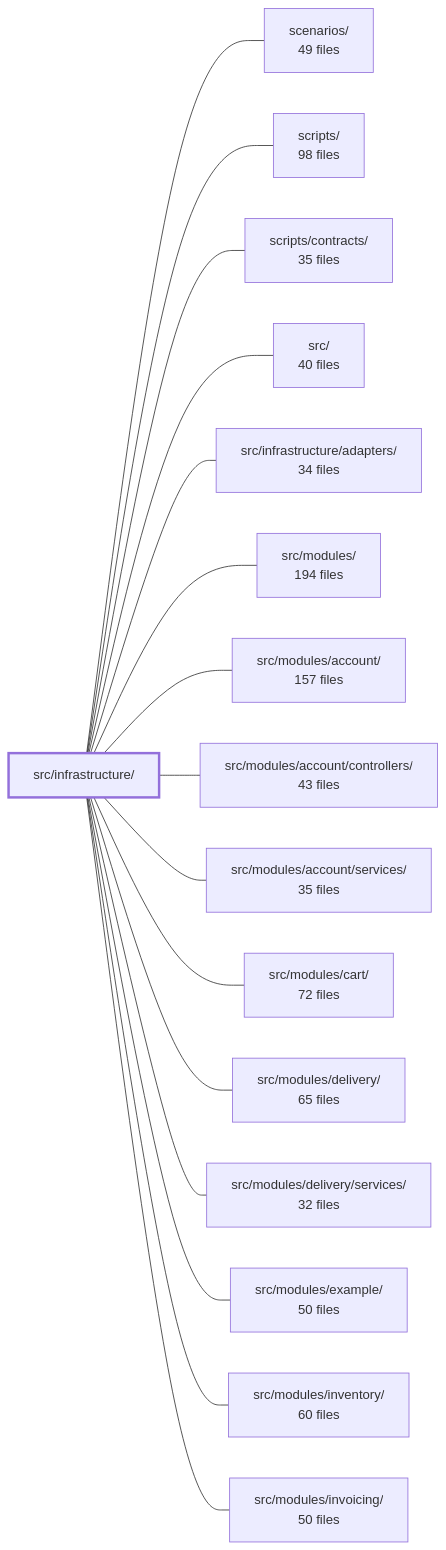
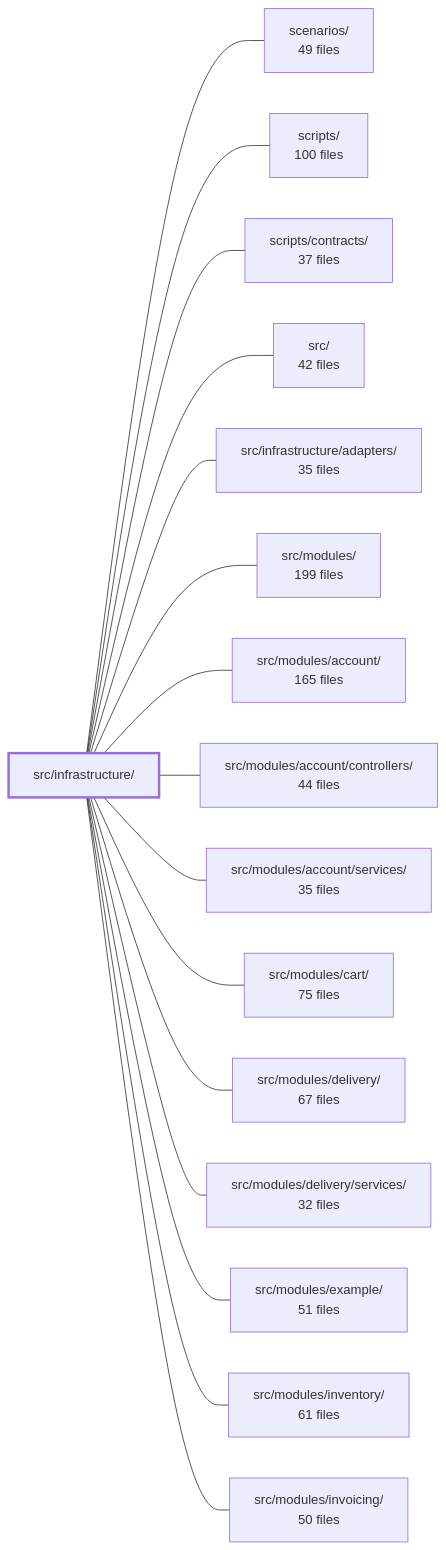
One commit to Guebbit/boilerplate-node-backend changed the diagram in .2brain/modules/boilerplate-node-backend_src_infrastructure.md. Above: the diagram before and after it, drawn with Mermaid. The commit also changed other lines of this file and 1102 other files, not shown here.

````diff
--- a/.2brain/modules/boilerplate-node-backend_src_infrastructure.md
+++ b/.2brain/modules/boilerplate-node-backend_src_infrastructure.md
@@ -42,35 +39,35 @@
 ```mermaid
 flowchart LR
     m_src_infrastructure["src/infrastructure/"]
     m_scenarios["scenarios/<br/>49 files"]
-    m_scripts["scripts/<br/>98 files"]
-    m_scripts_contracts["scripts/contracts/<br/>35 files"]
-    m_src["src/<br/>40 files"]
-    m_src_infrastructure_adapters["src/infrastructure/adapters/<br/>34 files"]
-    m_src_modules["src/modules/<br/>194 files"]
-    m_src_modules_account["src/modules/account/<br/>157 files"]
-    m_src_modules_account_controllers["src/modules/account/controllers/<br/>43 files"]
+    m_scripts["scripts/<br/>100 files"]
+    m_scripts_contracts["scripts/contracts/<br/>37 files"]
+    m_src["src/<br/>42 files"]
+    m_src_infrastructure_adapters["src/infrastructure/adapters/<br/>35 files"]
+    m_src_modules["src/modules/<br/>199 files"]
+    m_src_modules_account["src/modules/account/<br/>165 files"]
+    m_src_modules_account_controllers["src/modules/account/controllers/<br/>44 files"]
     m_src_modules_account_services["src/modules/account/services/<br/>35 files"]
-    m_src_modules_cart["src/modules/cart/<br/>72 files"]
-    m_src_modules_delivery["src/modules/delivery/<br/>65 files"]
+    m_src_modules_cart["src/modules/cart/<br/>75 files"]
+    m_src_modules_delivery["src/modules/delivery/<br/>67 files"]
     m_src_modules_delivery_services["src/modules/delivery/services/<br/>32 files"]
-    m_src_modules_example["src/modules/example/<br/>50 files"]
-    m_src_modules_inventory["src/modules/inventory/<br/>60 files"]
+    m_src_modules_example["src/modules/example/<br/>51 files"]
+    m_src_modules_inventory["src/modules/inventory/<br/>61 files"]
     m_src_modules_invoicing["src/modules/invoicing/<br/>50 files"]
     m_src_infrastructure --- m_scenarios
     m_src_infrastructure --- m_scripts
     m_src_infrastructure --- m_scripts_contracts
     m_src_infrastructure --- m_src
     m_src_infrastructure --- m_src_infrastructure_adapters
     m_src_infrastructure --- m_src_modules
     m_src_infrastructure --- m_src_modules_account
     m_src_infrastructure --- m_src_modules_account_controllers
     m_src_infrastructure --- m_src_modules_account_services
     m_src_infrastructure --- m_src_modules_cart
     m_src_infrastructure --- m_src_modules_delivery
     m_src_infrastructure --- m_src_modules_delivery_services
     m_src_infrastructure --- m_src_modules_example
     m_src_infrastructure --- m_src_modules_inventory
     m_src_infrastructure --- m_src_modules_invoicing
     style m_src_infrastructure stroke-width:3px
 ```
````
